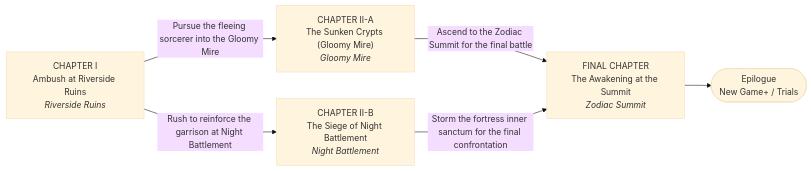
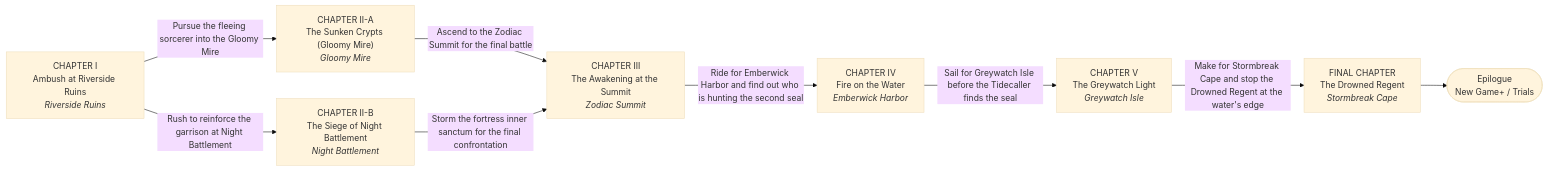
The fourth of 4 diagrams in docs/CONTENT_REFERENCE.md (CptNope/Chess-RPG-Tactics), drawn with Mermaid (base theme) before and after one commit. The commit also changed other lines of this file and 29 other files, not shown here.

````diff
--- a/docs/CONTENT_REFERENCE.md
+++ b/docs/CONTENT_REFERENCE.md
@@ -508,13 +521,19 @@
 ```mermaid
 flowchart LR
   chapter_1["CHAPTER I<br/>Ambush at Riverside Ruins<br/><i>Riverside Ruins</i>"]
   chapter_2a["CHAPTER II-A<br/>The Sunken Crypts (Gloomy Mire)<br/><i>Gloomy Mire</i>"]
   chapter_2b["CHAPTER II-B<br/>The Siege of Night Battlement<br/><i>Night Battlement</i>"]
-  chapter_3["FINAL CHAPTER<br/>The Awakening at the Summit<br/><i>Zodiac Summit</i>"]
+  chapter_3["CHAPTER III<br/>The Awakening at the Summit<br/><i>Zodiac Summit</i>"]
+  chapter_4["CHAPTER IV<br/>Fire on the Water<br/><i>Emberwick Harbor</i>"]
+  chapter_5["CHAPTER V<br/>The Greywatch Light<br/><i>Greywatch Isle</i>"]
+  chapter_6["FINAL CHAPTER<br/>The Drowned Regent<br/><i>Stormbreak Cape</i>"]
   epilogue(["Epilogue<br/>New Game+ / Trials"])
   chapter_1 -->|"Pursue the fleeing sorcerer into the Gloomy Mire"| chapter_2a
   chapter_1 -->|"Rush to reinforce the garrison at Night Battlement"| chapter_2b
   chapter_2a -->|"Ascend to the Zodiac Summit for the final battle"| chapter_3
   chapter_2b -->|"Storm the fortress inner sanctum for the final confrontation"| chapter_3
-  chapter_3 --> epilogue
+  chapter_3 -->|"Ride for Emberwick Harbor and find out who is hunting the second seal"| chapter_4
+  chapter_4 -->|"Sail for Greywatch Isle before the Tidecaller finds the seal"| chapter_5
+  chapter_5 -->|"Make for Stormbreak Cape and stop the Drowned Regent at the water's edge"| chapter_6
+  chapter_6 --> epilogue
 ```
````
